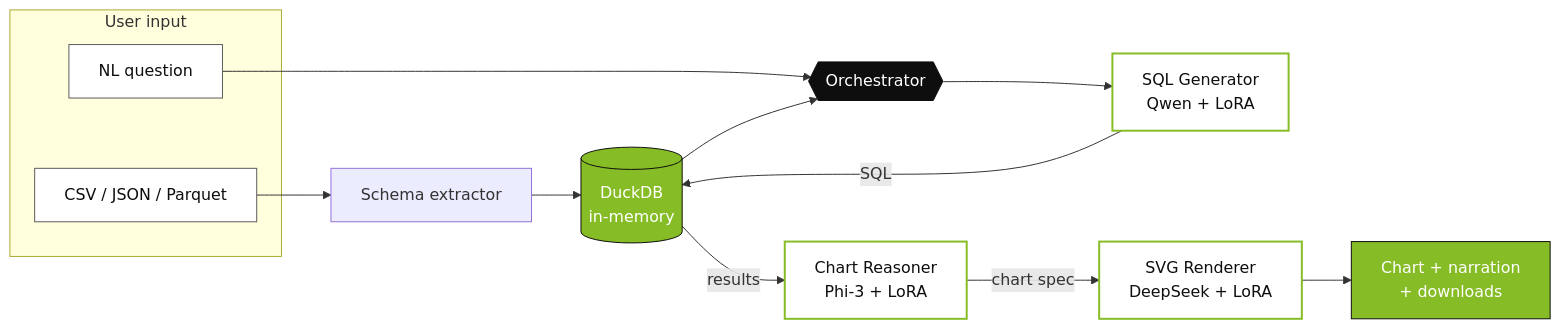
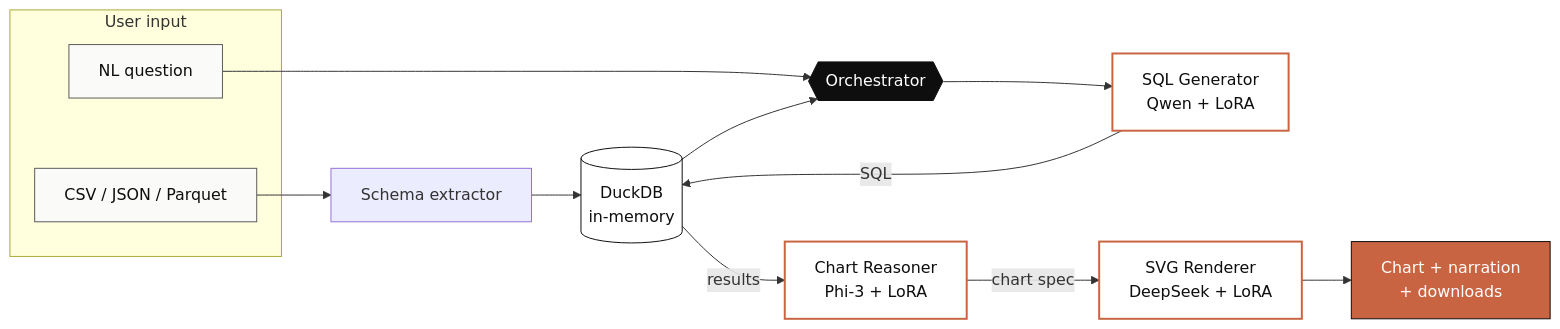
Before and after one commit to DanielRegaladoUMiami/sql-agent-llmops: the sixth of 6 diagrams in presentation/slides.md, drawn with Mermaid. The commit also changed other lines of this file, not shown here.

````diff
--- a/presentation/slides.md
+++ b/presentation/slides.md
@@ -648,29 +585,31 @@
 ```mermaid
 flowchart LR
   subgraph IN["User input"]
-    U1[CSV / JSON / Parquet]
-    U2[NL question]
+    U1["CSV / JSON / Parquet"]
+    U2["NL question"]
   end
 
-  SX[Schema extractor] --> DB[(DuckDB<br/>in-memory)]
+  SX["Schema extractor"] --> DB[("DuckDB<br/>in-memory")]
   U1 --> SX
 
-  ORCH{{Orchestrator}}
+  ORCH{{"Orchestrator"}}
   U2 --> ORCH
   DB --> ORCH
 
-  ORCH --> M1[SQL Generator<br/>Qwen + LoRA]
+  ORCH --> M1["SQL Generator<br/>Qwen + LoRA"]
   M1 -->|SQL| DB
-  DB -->|results| M2[Chart Reasoner<br/>Phi-3 + LoRA]
-  M2 -->|chart spec| M3[SVG Renderer<br/>DeepSeek + LoRA]
-  M3 --> OUT[Chart + narration<br/>+ downloads]
+  DB -->|results| M2["Chart Reasoner<br/>Phi-3 + LoRA"]
+  M2 -->|chart spec| M3["SVG Renderer<br/>DeepSeek + LoRA"]
+  M3 --> OUT["Chart + narration<br/>+ downloads"]
 
-  classDef in fill:#FFFFFF,stroke:#5A5A5A,color:#0E0E0E
-  classDef model fill:#FFFFFF,stroke:#86BC25,color:#0E0E0E,stroke-width:2px
+  classDef in fill:#FAFAF9,stroke:#5A5A5A,color:#0E0E0E
+  classDef model fill:#FFFFFF,stroke:#C96442,color:#0E0E0E,stroke-width:2px
   classDef orch fill:#0E0E0E,stroke:#0E0E0E,color:#FFFFFF
-  classDef out fill:#86BC25,stroke:#0E0E0E,color:#FFFFFF
+  classDef out fill:#C96442,stroke:#0E0E0E,color:#FFFFFF
+  classDef db fill:#FFFFFF,stroke:#0E0E0E,color:#0E0E0E
   class U1,U2 in
   class M1,M2,M3 model
   class ORCH orch
-  class OUT,DB out
+  class OUT out
+  class DB db
 ```
````
